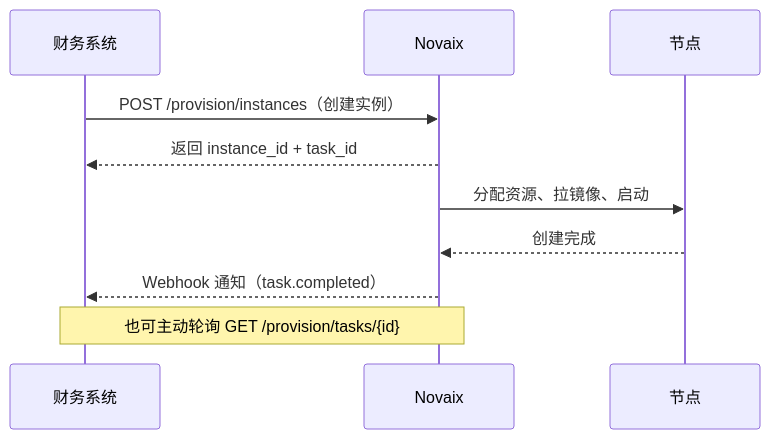
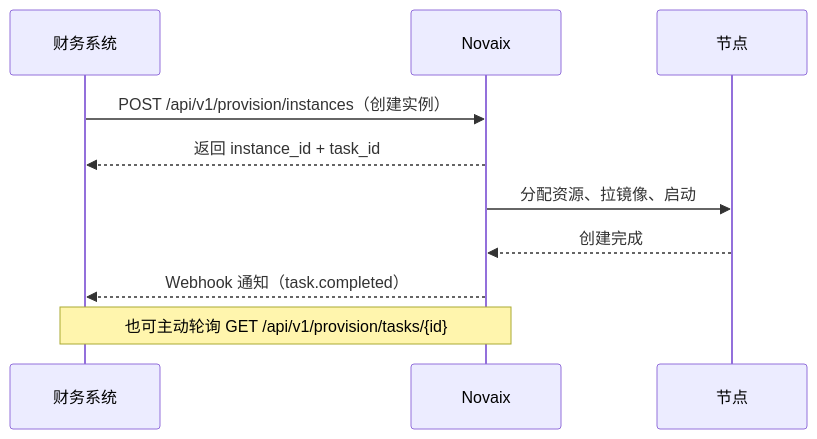
Before and after one commit to huohuastudio/docs: the first of 2 diagrams in docs/novaix/integration.md, drawn with Mermaid. The commit also changed other lines of this file and 39 other files, not shown here.

````diff
--- a/docs/novaix/integration.md
+++ b/docs/novaix/integration.md
@@ -25,13 +25,13 @@
 ```mermaid
 sequenceDiagram
     participant F as 财务系统
     participant N as Novaix
     participant S as 节点
 
-    F->>N: POST /provision/instances（创建实例）
+    F->>N: POST /api/v1/provision/instances（创建实例）
     N-->>F: 返回 instance_id + task_id
     N->>S: 分配资源、拉镜像、启动
     S-->>N: 创建完成
     N-->>F: Webhook 通知（task.completed）
-    Note over F,N: 也可主动轮询 GET /provision/tasks/{id}
+    Note over F,N: 也可主动轮询 GET /api/v1/provision/tasks/{id}
 ```
````
